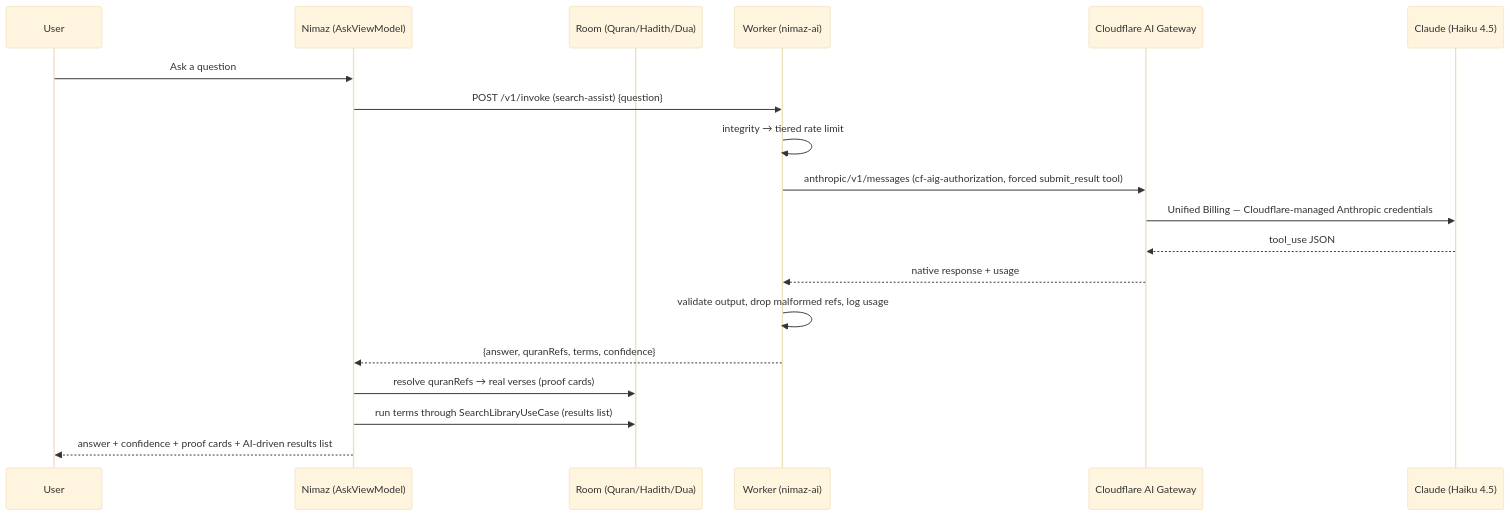
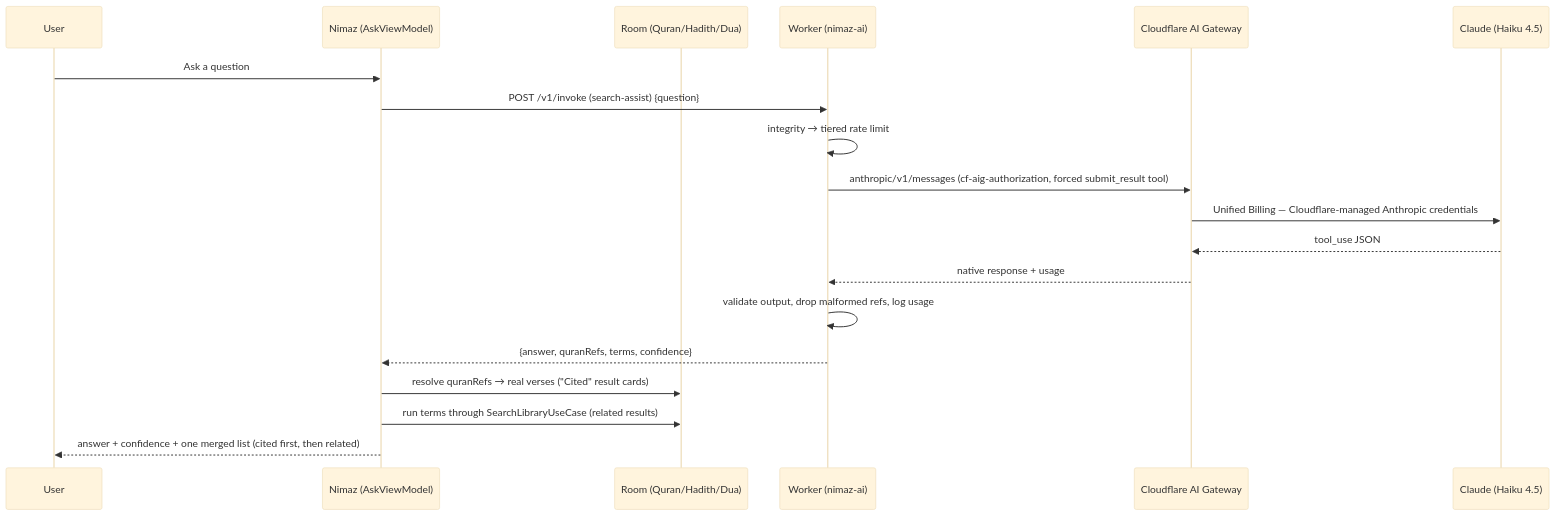
Before and after one commit to arshad-shah/Nimaz: the diagram in docs/ai-ask-with-proof.md, drawn with Mermaid (base theme). The commit also changed other lines of this file and 8 other files, not shown here.

First line of the commit message:
feat(search): pin source filter and merge cited proofs into one results list

````diff
--- a/docs/ai-ask-with-proof.md
+++ b/docs/ai-ask-with-proof.md
@@ -29,22 +40,22 @@
 ```mermaid
 sequenceDiagram
     participant U as User
     participant App as Nimaz (AskViewModel)
     participant Room as Room (Quran/Hadith/Dua)
     participant W as Worker (nimaz-ai)
     participant GW as Cloudflare AI Gateway
     participant C as Claude (Haiku 4.5)
 
     U->>App: Ask a question
     App->>W: POST /v1/invoke (search-assist) {question}
     W->>W: integrity → tiered rate limit
     W->>GW: anthropic/v1/messages (cf-aig-authorization, forced submit_result tool)
     GW->>C: Unified Billing — Cloudflare-managed Anthropic credentials
     C-->>GW: tool_use JSON
     GW-->>W: native response + usage
     W->>W: validate output, drop malformed refs, log usage
     W-->>App: {answer, quranRefs, terms, confidence}
-    App->>Room: resolve quranRefs → real verses (proof cards)
-    App->>Room: run terms through SearchLibraryUseCase (results list)
-    App-->>U: answer + confidence + proof cards + AI-driven results list
+    App->>Room: resolve quranRefs → real verses ("Cited" result cards)
+    App->>Room: run terms through SearchLibraryUseCase (related results)
+    App-->>U: answer + confidence + one merged list (cited first, then related)
 ```
````
